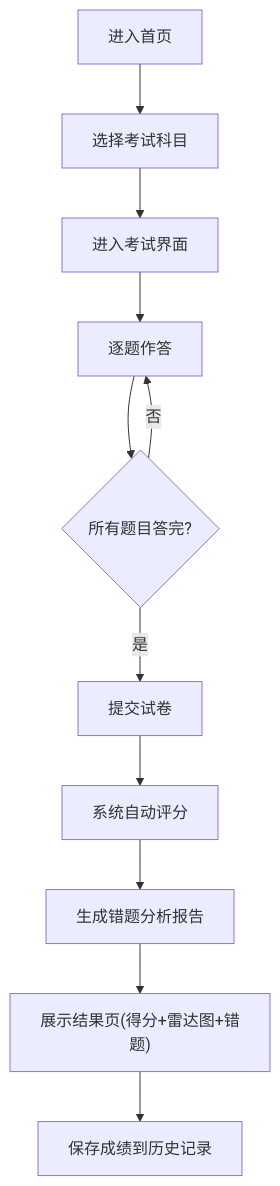
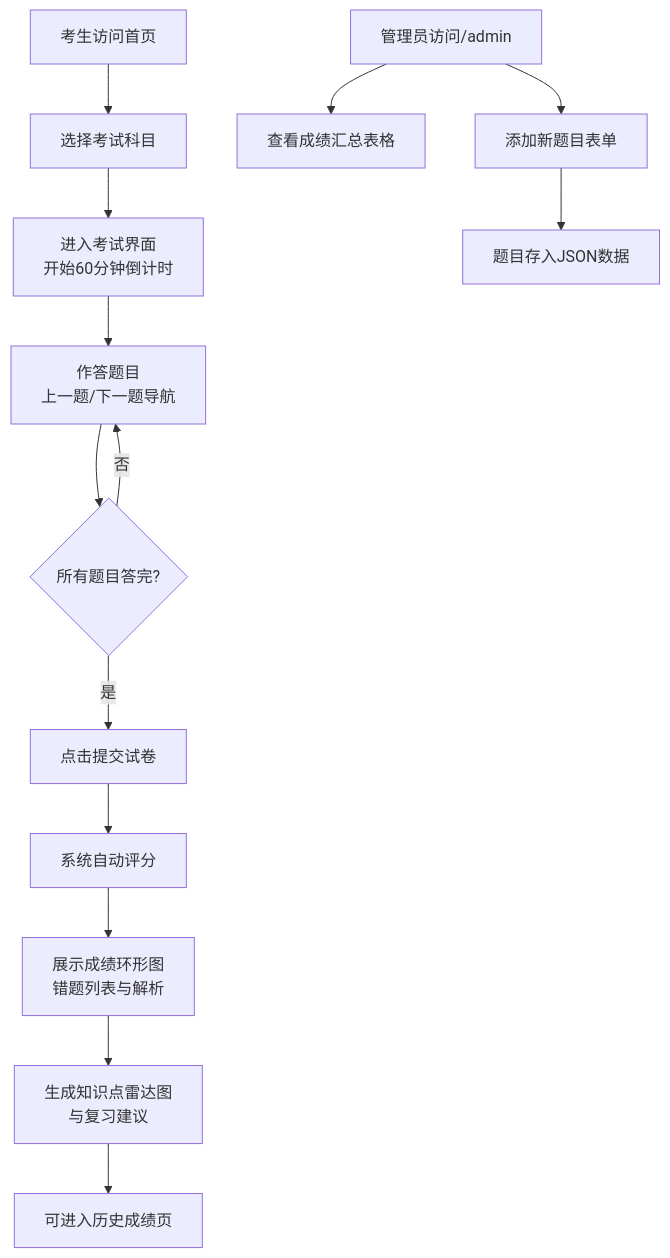
Before and after one commit to NUDT-ZSL/Solo: the diagram in cp3_6.17_auto3/.trae/documents/PRD.md, drawn with Mermaid. The commit also changed other lines of this file and 48 other files, not shown here.

````diff
--- a/cp3_6.17_auto3/.trae/documents/PRD.md
+++ b/cp3_6.17_auto3/.trae/documents/PRD.md
@@ -39,13 +47,17 @@
 ```mermaid
 flowchart TD
-    A["进入首页"] --> B["选择考试科目"]
-    B --> C["进入考试界面"]
-    C --> D["逐题作答"]
+    A["考生访问首页"] --> B["选择考试科目"]
+    B --> C["进入考试界面<br>开始60分钟倒计时"]
+    C --> D["作答题目<br>上一题/下一题导航"]
     D --> E{"所有题目答完?"}
     E -->|否| D
-    E -->|是| F["提交试卷"]
+    E -->|是| F["点击提交试卷"]
     F --> G["系统自动评分"]
-    G --> H["生成错题分析报告"]
-    H --> I["展示结果页(得分+雷达图+错题)"]
-    I --> J["保存成绩到历史记录"]
+    G --> H["展示成绩环形图<br>错题列表与解析"]
+    H --> I["生成知识点雷达图<br>与复习建议"]
+    I --> J["可进入历史成绩页"]
+    
+    K["管理员访问/admin"] --> L["查看成绩汇总表格"]
+    K --> M["添加新题目表单"]
+    M --> N["题目存入JSON数据"]
 ```
````
